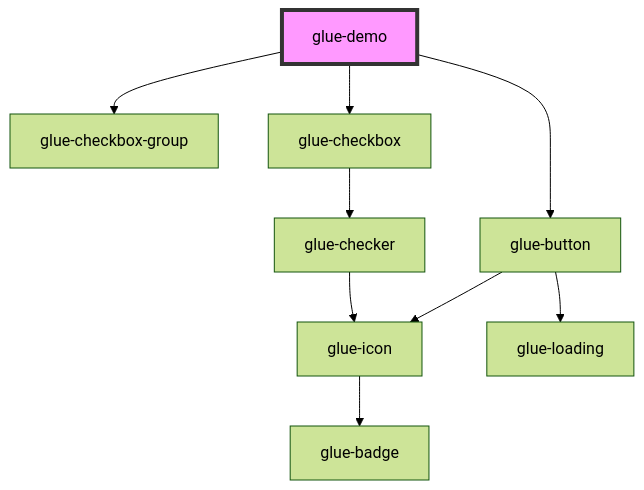
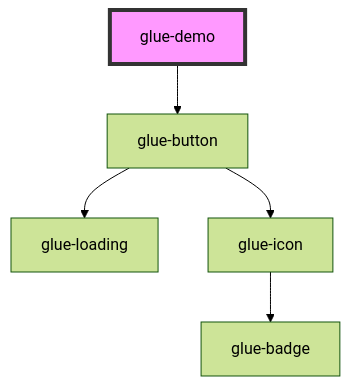
Before and after one commit to grasilife/glue: the diagram in packages/glue-components/src/components/glue-demo/readme.md, drawn with Mermaid (forest theme). The commit also changed other lines of this file and 104 other files, not shown here.

````diff
--- a/packages/glue-components/src/components/glue-demo/readme.md
+++ b/packages/glue-components/src/components/glue-demo/readme.md
@@ -15,12 +13,8 @@
 ```mermaid
 graph TD;
-  glue-demo --> glue-checkbox-group
-  glue-demo --> glue-checkbox
   glue-demo --> glue-button
-  glue-checkbox --> glue-checker
-  glue-checker --> glue-icon
-  glue-icon --> glue-badge
   glue-button --> glue-loading
   glue-button --> glue-icon
+  glue-icon --> glue-badge
   style glue-demo fill:#f9f,stroke:#333,stroke-width:4px
 ```
````
